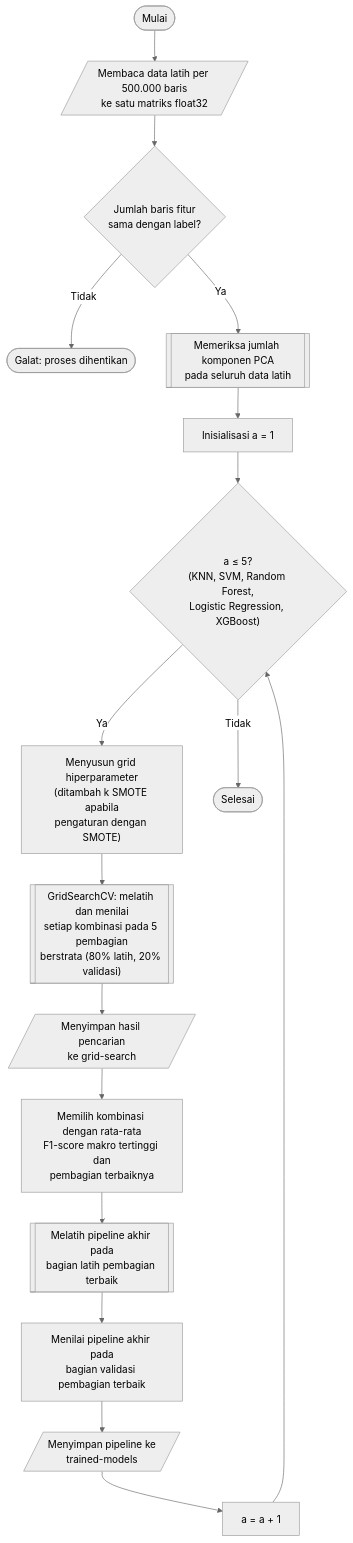
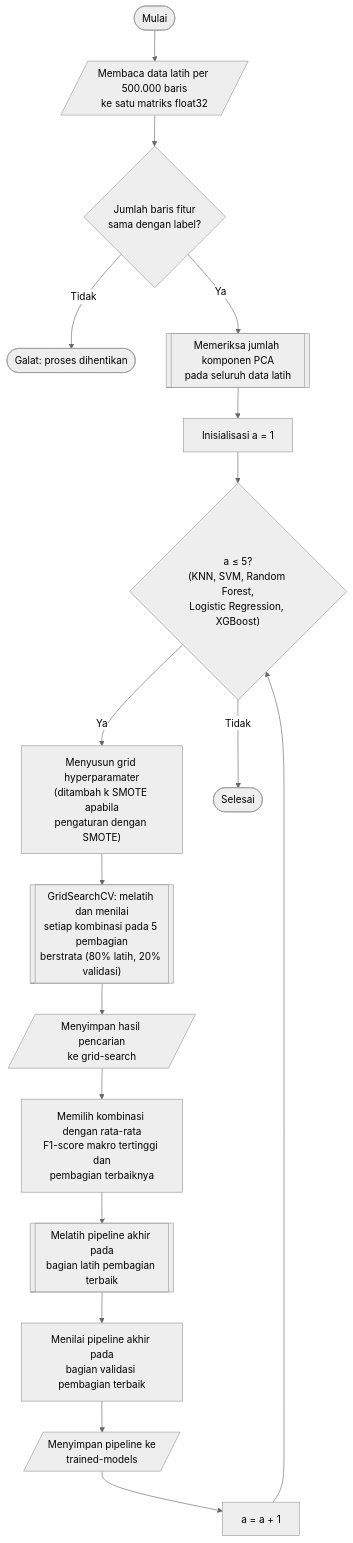
One commit to JoxNeis/mlids-robustness changed the diagram in thesis/04_bab_04/08_rancangan_pelatihan_pemilihan_model.md. Above: the diagram before and after it, drawn with Mermaid (neutral theme). The commit also changed other lines of this file and 20 other files, not shown here.

````diff
--- a/thesis/04_bab_04/08_rancangan_pelatihan_pemilihan_model.md
+++ b/thesis/04_bab_04/08_rancangan_pelatihan_pemilihan_model.md
@@ -50,22 +46,22 @@
 ```mermaid
 flowchart TD
     mulai(["Mulai"])
     mulai --> muat[/"Membaca data latih per 500.000 baris<br>ke satu matriks float32"/]
     muat --> cek_baris{"Jumlah baris fitur<br>sama dengan label?"}
     cek_baris -->|"Tidak"| galat(["Galat: proses dihentikan"])
     cek_baris -->|"Ya"| periksa_pca[["Memeriksa jumlah komponen PCA<br>pada seluruh data latih"]]
     periksa_pca --> init_a["Inisialisasi a = 1"]
     init_a --> cek_a{"a ≤ 5?<br>(KNN, SVM, Random Forest,<br>Logistic Regression, XGBoost)"}
 
-    cek_a -->|"Ya"| grid["Menyusun grid hiperparameter<br>(ditambah k SMOTE apabila<br>pengaturan dengan SMOTE)"]
+    cek_a -->|"Ya"| grid["Menyusun grid hyperparamater<br>(ditambah k SMOTE apabila<br>pengaturan dengan SMOTE)"]
     grid --> cari[["GridSearchCV: melatih dan menilai<br>setiap kombinasi pada 5 pembagian<br>berstrata (80% latih, 20% validasi)"]]
     cari --> simpan_cari[/"Menyimpan hasil pencarian<br>ke grid-search"/]
     simpan_cari --> pilih["Memilih kombinasi dengan rata-rata<br>F1-score makro tertinggi dan<br>pembagian terbaiknya"]
     pilih --> latih[["Melatih pipeline akhir pada<br>bagian latih pembagian terbaik"]]
     latih --> nilai["Menilai pipeline akhir pada<br>bagian validasi pembagian terbaik"]
     nilai --> simpan_model[/"Menyimpan pipeline ke<br>trained-models"/]
     simpan_model --> inc_a["a = a + 1"]
     inc_a --> cek_a
 
     cek_a -->|"Tidak"| selesai(["Selesai"])
 ```
````
